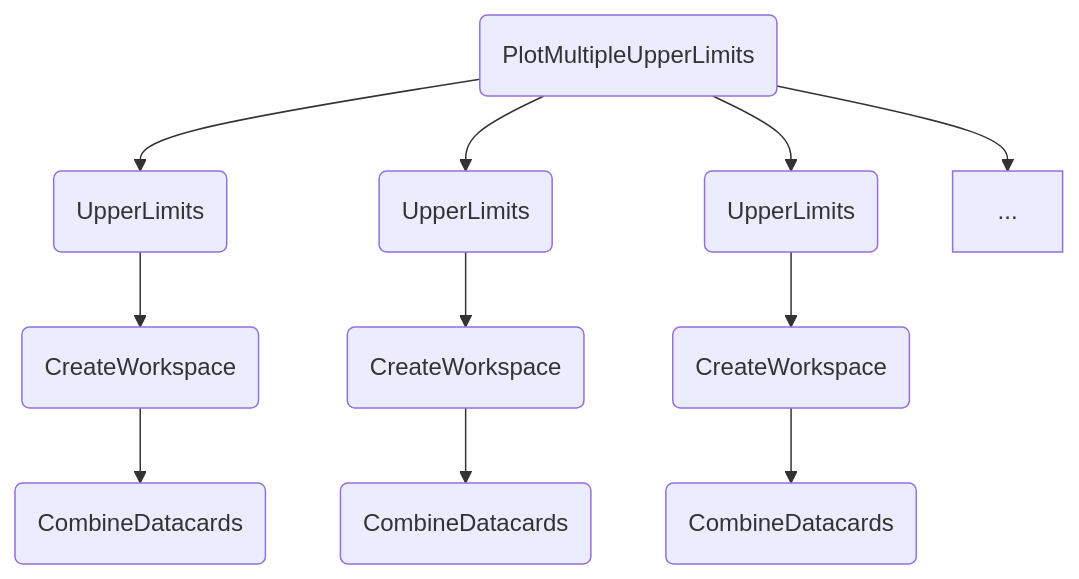
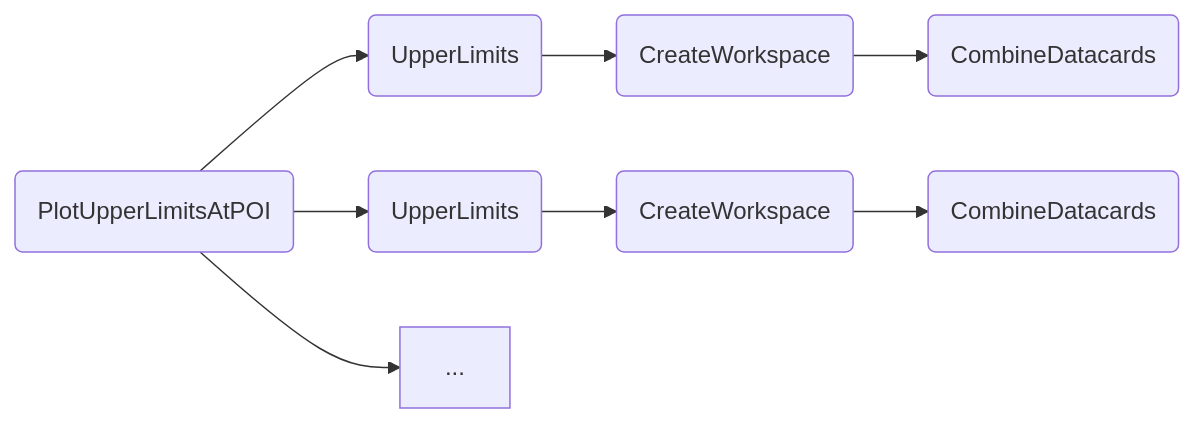
One commit to cms-hh/inference_tools changed the third of 3 diagrams in docs/content/tasks/limits.md. Above: the diagram before and after it, drawn with Mermaid. The commit also changed other lines of this file and 14 other files, not shown here.

````diff
--- a/docs/content/tasks/limits.md
+++ b/docs/content/tasks/limits.md
@@ -159,13 +191,10 @@
-    ```mermaid
-    graph TD;
-        A(PlotMultipleUpperLimits) --> B1(UpperLimits);
-        A(PlotMultipleUpperLimits) --> B2(UpperLimits);
-        A(PlotMultipleUpperLimits) --> B3(UpperLimits);
-        A(PlotMultipleUpperLimits) --> ...;
-        B1 --> C1(CreateWorkspace);
-        B2 --> C2(CreateWorkspace);
-        B3 --> C3(CreateWorkspace);
-        C1 --> D1(CombineDatacards);
-        C2 --> D2(CombineDatacards);
-        C3 --> D3(CombineDatacards);
-    ```
+```mermaid
+graph LR;
+    A(PlotUpperLimitsAtPOI) --> B1(UpperLimits);
+    A(PlotUpperLimitsAtPOI) --> B2(UpperLimits);
+    A(PlotUpperLimitsAtPOI) --> ...;
+    B1 --> C1(CreateWorkspace);
+    B2 --> C2(CreateWorkspace);
+    C1 --> D1(CombineDatacards);
+    C2 --> D2(CombineDatacards);
+```
````
